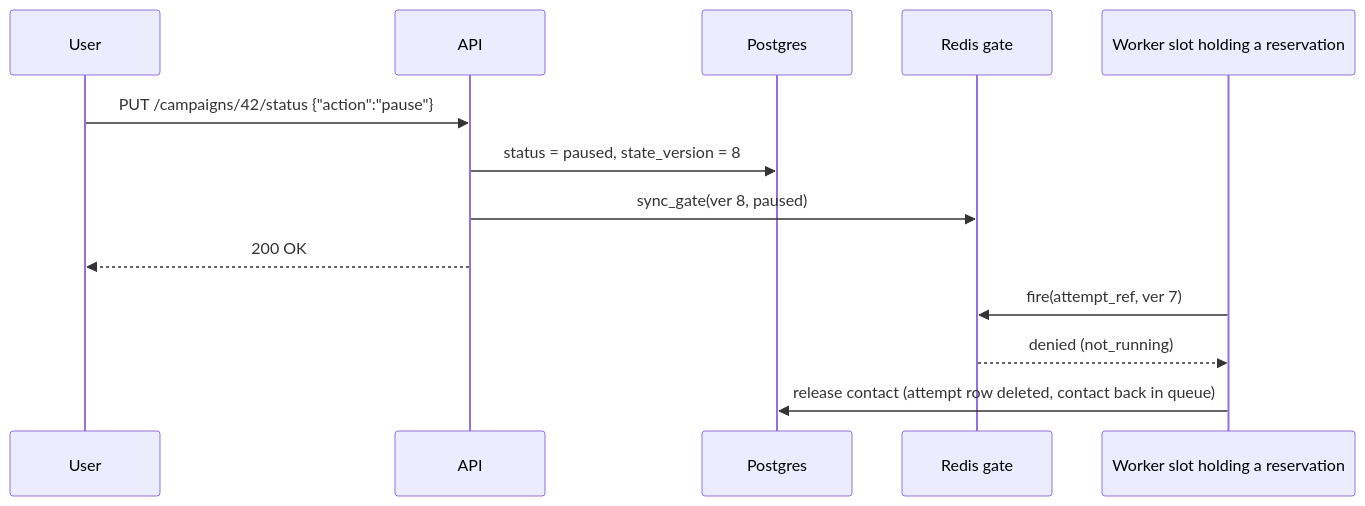
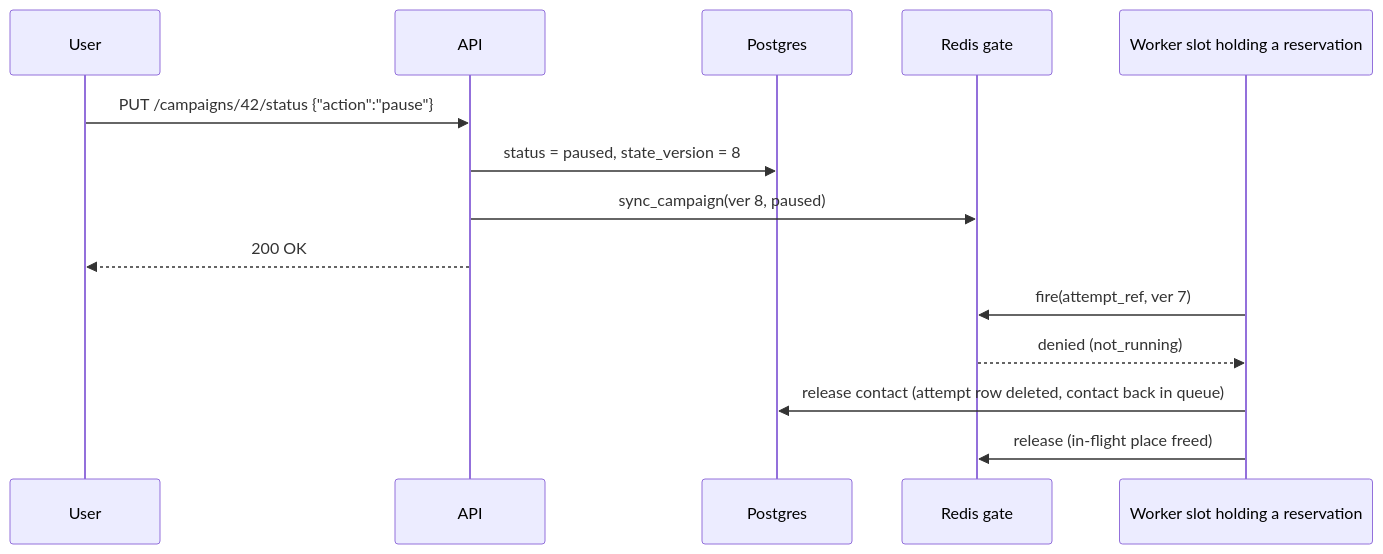
Before and after one commit to yshemashree/Campaign-Manager-Predixion-AI-: the fifth of 6 diagrams in docs/02-architecture.md, drawn with Mermaid. The commit also changed other lines of this file and 6 other files, not shown here.

````diff
--- a/docs/02-architecture.md
+++ b/docs/02-architecture.md
@@ -638,15 +695,16 @@
 ```mermaid
 sequenceDiagram
     participant U as User
     participant A as API
     participant P as Postgres
     participant R as Redis gate
     participant S as Worker slot holding a reservation
     U->>A: PUT /campaigns/42/status {"action":"pause"}
     A->>P: status = paused, state_version = 8
-    A->>R: sync_gate(ver 8, paused)
+    A->>R: sync_campaign(ver 8, paused)
     A-->>U: 200 OK
     S->>R: fire(attempt_ref, ver 7)
     R-->>S: denied (not_running)
     S->>P: release contact (attempt row deleted, contact back in queue)
+    S->>R: release (in-flight place freed)
 ```
````
